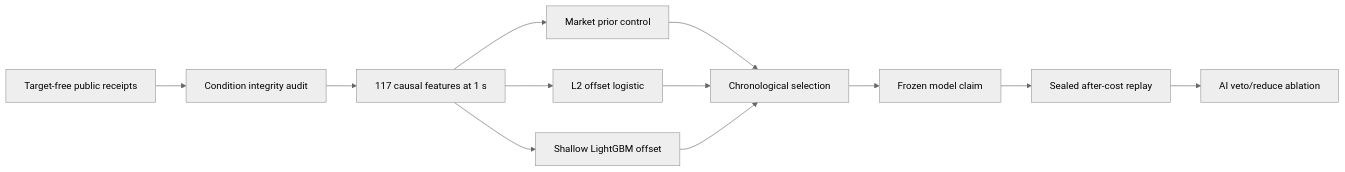
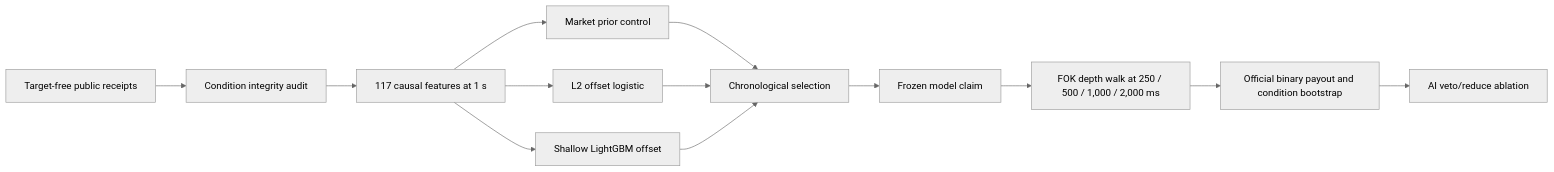
Before and after one commit to strmt7/simple_ai_trading: the diagram in docs/model-research/polymarket/latest/round-027-stage1-model-design/README.md, drawn with Mermaid (neutral theme). The commit also changed other lines of this file and 4 other files, not shown here.

Commit message:
Freeze Round 27 after-cost replay

````diff
--- a/docs/model-research/polymarket/latest/round-027-stage1-model-design/README.md
+++ b/docs/model-research/polymarket/latest/round-027-stage1-model-design/README.md
@@ -6,14 +6,15 @@
 ```mermaid
 flowchart LR
     A["Target-free public receipts"] --> B["Condition integrity audit"]
     B --> C["117 causal features at 1 s"]
     C --> D["Market prior control"]
     C --> E["L2 offset logistic"]
     C --> F["Shallow LightGBM offset"]
     D --> G["Chronological selection"]
     E --> G
     F --> G
     G --> H["Frozen model claim"]
-    H --> I["Sealed after-cost replay"]
-    I --> J["AI veto/reduce ablation"]
+    H --> I["FOK depth walk at 250 / 500 / 1,000 / 2,000 ms"]
+    I --> K["Official binary payout and condition bootstrap"]
+    K --> J["AI veto/reduce ablation"]
 ```
````
